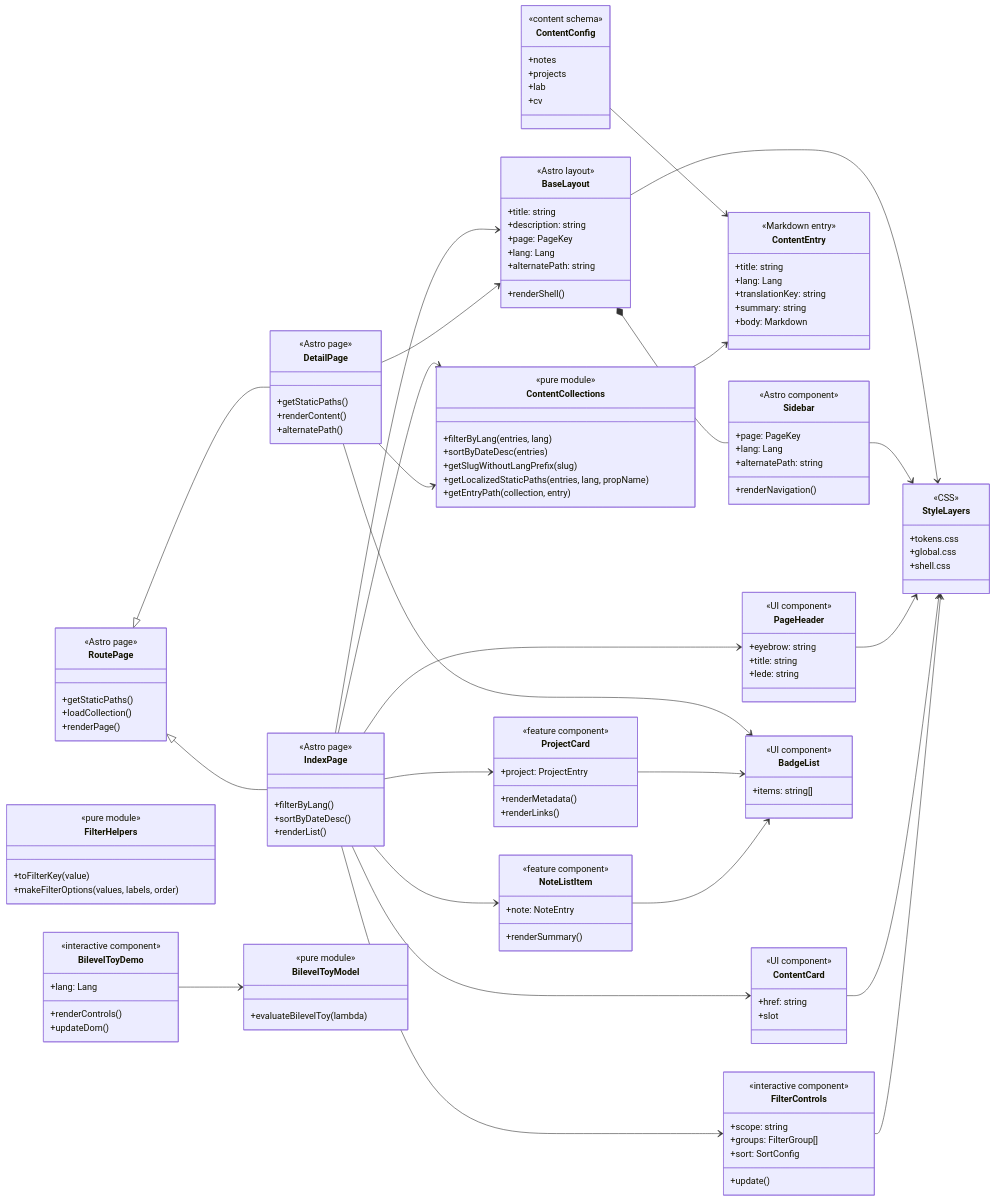
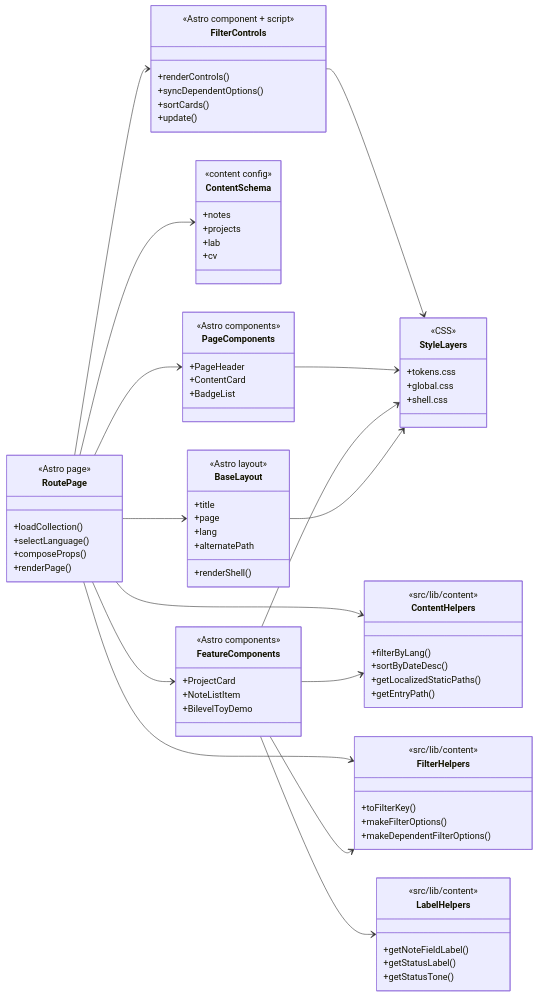
Before and after one commit to jjjung0921/jjjung0921.github.io: the fifth of 5 diagrams in docs/front-architect/README.md, drawn with Mermaid. The commit also changed other lines of this file, not shown here.

Commit message:
Document Astro frontend architecture

````diff
--- a/docs/front-architect/README.md
+++ b/docs/front-architect/README.md
@@ -49,126 +269,73 @@
 classDiagram
   direction LR
 
+  class RoutePage {
+    <<Astro page>>
+    +loadCollection()
+    +selectLanguage()
+    +composeProps()
+    +renderPage()
+  }
+
   class BaseLayout {
     <<Astro layout>>
-    +title: string
-    +description: string
-    +page: PageKey
-    +lang: Lang
-    +alternatePath: string
+    +title
+    +page
+    +lang
+    +alternatePath
     +renderShell()
   }
 
-  class Sidebar {
-    <<Astro component>>
-    +page: PageKey
-    +lang: Lang
-    +alternatePath: string
-    +renderNavigation()
-  }
-
-  class RoutePage {
-    <<Astro page>>
-    +getStaticPaths()
-    +loadCollection()
-    +renderPage()
-  }
-
-  class IndexPage {
-    <<Astro page>>
-    +filterByLang()
-    +sortByDateDesc()
-    +renderList()
-  }
-
-  class DetailPage {
-    <<Astro page>>
-    +getStaticPaths()
-    +renderContent()
-    +alternatePath()
-  }
-
-  class ContentConfig {
-    <<content schema>>
+  class ContentSchema {
+    <<content config>>
     +notes
     +projects
     +lab
     +cv
   }
 
-  class ContentEntry {
-    <<Markdown entry>>
-    +title: string
-    +lang: Lang
-    +translationKey: string
-    +summary: string
-    +body: Markdown
-  }
-
-  class ContentCollections {
-    <<pure module>>
-    +filterByLang(entries, lang)
-    +sortByDateDesc(entries)
-    +getSlugWithoutLangPrefix(slug)
-    +getLocalizedStaticPaths(entries, lang, propName)
-    +getEntryPath(collection, entry)
+  class ContentHelpers {
+    <<src/lib/content>>
+    +filterByLang()
+    +sortByDateDesc()
+    +getLocalizedStaticPaths()
+    +getEntryPath()
   }
 
   class FilterHelpers {
-    <<pure module>>
-    +toFilterKey(value)
-    +makeFilterOptions(values, labels, order)
+    <<src/lib/content>>
+    +toFilterKey()
+    +makeFilterOptions()
+    +makeDependentFilterOptions()
   }
 
-  class PageHeader {
-    <<UI component>>
-    +eyebrow: string
-    +title: string
-    +lede: string
+  class LabelHelpers {
+    <<src/lib/content>>
+    +getNoteFieldLabel()
+    +getStatusLabel()
+    +getStatusTone()
   }
 
-  class ContentCard {
-    <<UI component>>
-    +href: string
-    +slot
+  class PageComponents {
+    <<Astro components>>
+    +PageHeader
+    +ContentCard
+    +BadgeList
   }
 
-  class BadgeList {
-    <<UI component>>
-    +items: string[]
+  class FeatureComponents {
+    <<Astro components>>
+    +ProjectCard
+    +NoteListItem
+    +BilevelToyDemo
   }
 
   class FilterControls {
-    <<interactive component>>
-    +scope: string
-    +groups: FilterGroup[]
-    +sort: SortConfig
+    <<Astro component + script>>
+    +renderControls()
+    +syncDependentOptions()
+    +sortCards()
     +update()
-  }
-
-  class ProjectCard {
-    <<feature component>>
-    +project: ProjectEntry
-    +renderMetadata()
-    +renderLinks()
-  }
-
-  class NoteListItem {
-    <<feature component>>
-    +note: NoteEntry
-    +renderSummary()
-  }
-
-  class BilevelToyDemo {
-    <<interactive component>>
-    +lang: Lang
-    +renderControls()
-    +updateDom()
-  }
-
-  class BilevelToyModel {
-    <<pure module>>
-    +evaluateBilevelToy(lambda)
   }
 
   class StyleLayers {
@@ -178,27 +345,18 @@
     +shell.css
   }
 
-  RoutePage <|-- IndexPage
-  RoutePage <|-- DetailPage
-  BaseLayout *-- Sidebar
-  IndexPage --> BaseLayout
-  DetailPage --> BaseLayout
-  IndexPage --> ContentCollections
-  DetailPage --> ContentCollections
-  ContentConfig --> ContentEntry
-  ContentCollections --> ContentEntry
-  IndexPage --> PageHeader
-  IndexPage --> FilterControls
-  IndexPage --> ProjectCard
-  IndexPage --> NoteListItem
-  IndexPage --> ContentCard
-  DetailPage --> BadgeList
-  ProjectCard --> BadgeList
-  NoteListItem --> BadgeList
-  BilevelToyDemo --> BilevelToyModel
+  RoutePage --> BaseLayout
+  RoutePage --> ContentSchema
+  RoutePage --> ContentHelpers
+  RoutePage --> FilterHelpers
+  RoutePage --> PageComponents
+  RoutePage --> FeatureComponents
+  RoutePage --> FilterControls
+  FeatureComponents --> ContentHelpers
+  FeatureComponents --> LabelHelpers
+  FeatureComponents --> FilterHelpers
+  FilterControls --> StyleLayers
+  PageComponents --> StyleLayers
+  FeatureComponents --> StyleLayers
   BaseLayout --> StyleLayers
-  Sidebar --> StyleLayers
-  PageHeader --> StyleLayers
-  ContentCard --> StyleLayers
-  FilterControls --> StyleLayers
 ```
````
